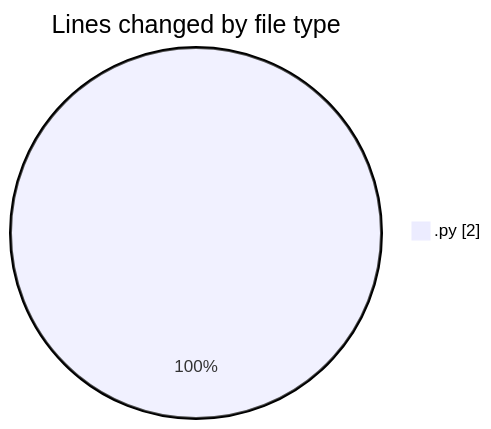
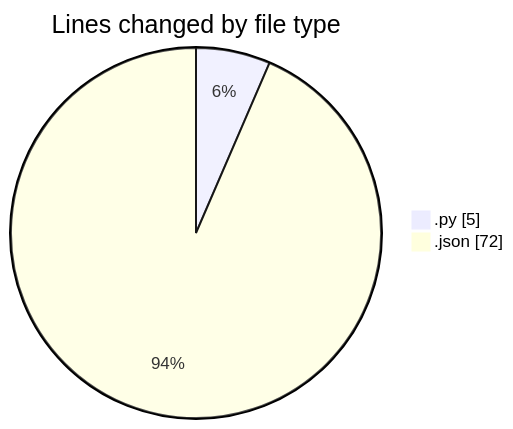
One commit to momahboobian/code-tracking changed the first of 2 diagrams in 2025-02-23/samplepdf/README.md. Above: the diagram before and after it, drawn with Mermaid. The commit also changed other lines of this file and 1 other file, not shown here.

````diff
--- a/2025-02-23/samplepdf/README.md
+++ b/2025-02-23/samplepdf/README.md
@@ -20,5 +21,6 @@
 ```mermaid
 pie showData
 title Lines changed by file type
-".py" : 2
+".py" : 5
+".json" : 72
 ```
````
